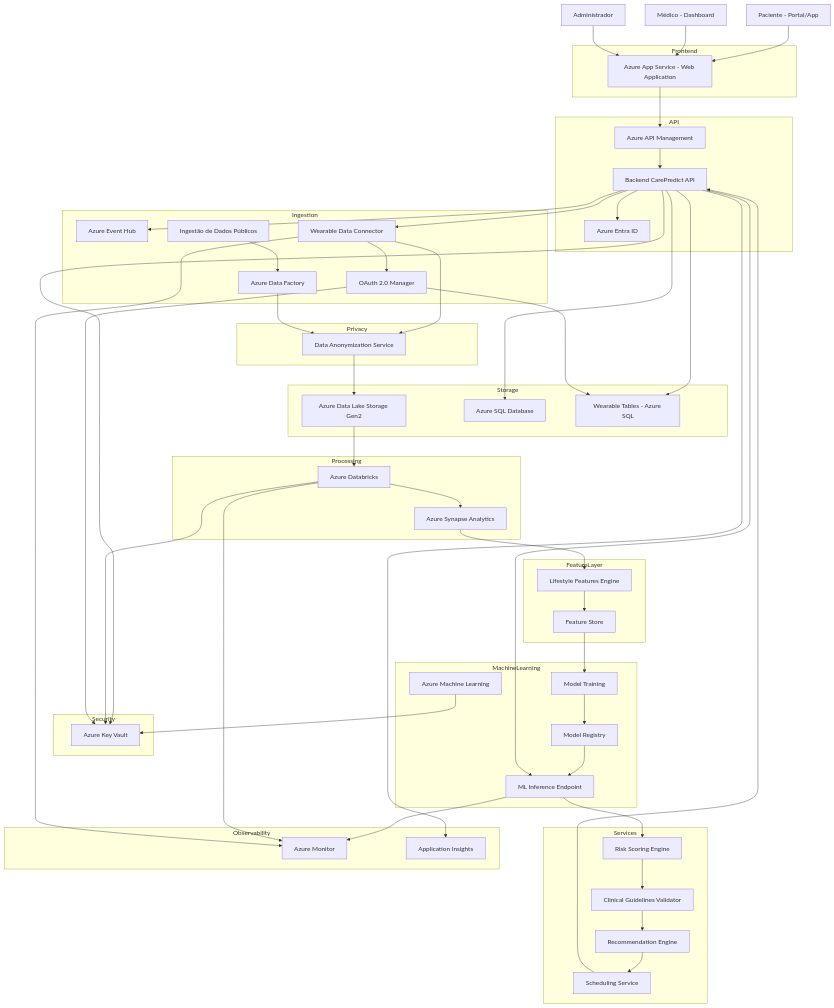
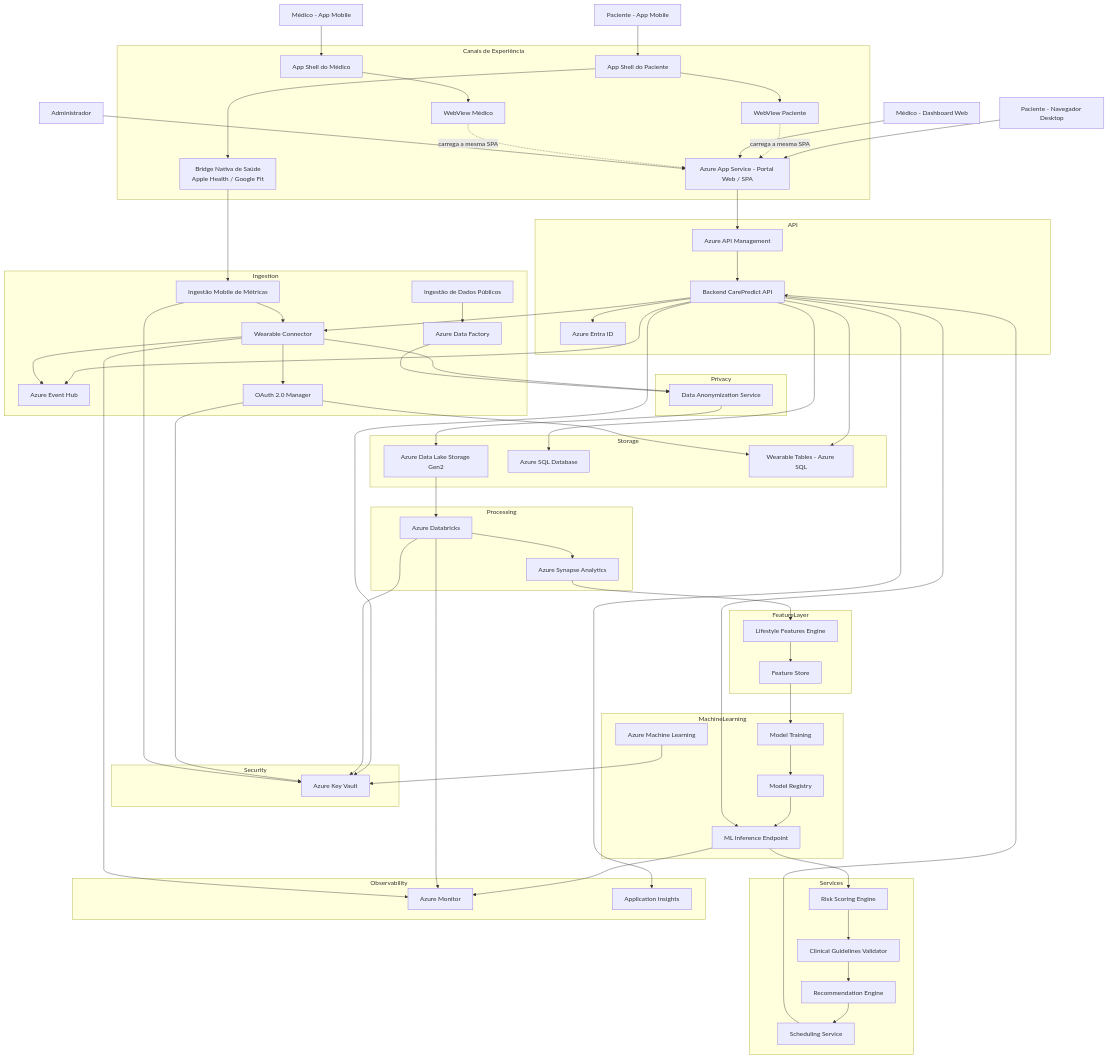
The first of 2 diagrams in ARQUITERUA CLOUD.md (ccps1-care-predict/care-plus-ccps1), drawn with Mermaid before and after one commit. The commit also changed other lines of this file and 6 other files, not shown here.

```diff
--- a/ARQUITERUA CLOUD.md
+++ b/ARQUITERUA CLOUD.md
@@ -22,15 +29,22 @@
 
 %% USERS
 
-Paciente[Paciente - Portal/App]
-Medico[Médico - Dashboard]
+PacienteDesktop[Paciente - Navegador Desktop]
+PacienteMobile[Paciente - App Mobile]
+MedicoDesktop[Médico - Dashboard Web]
+MedicoMobile[Médico - App Mobile]
 Admin[Administrador]
 
 %% FRONTEND
 
-subgraph Frontend
+subgraph Frontend["Canais de Experiência"]
 
-WebApp[Azure App Service - Web Application]
+WebApp[Azure App Service - Portal Web / SPA]
+PatientMobileShell[App Shell do Paciente]
+DoctorMobileShell[App Shell do Médico]
+PatientWebView[WebView Paciente]
+DoctorWebView[WebView Médico]
+NativeBridge[Bridge Nativa de Saúde<br/>Apple Health / Google Fit]
 
 end
 
@@ -59,8 +73,9 @@
 EventHub[Azure Event Hub]
 DataFactory[Azure Data Factory]
 PublicData[Ingestão de Dados Públicos]
-WearableConn[Wearable Data Connector]
+WearableConn[Wearable Connector]
 WearableOAuth[OAuth 2.0 Manager]
+MobileIngestion[Ingestão Mobile de Métricas]
 
 end
 
@@ -131,10 +146,16 @@
 
 end
 
-%% USERS
+%% USERS / CHANNELS
 
-Paciente --> WebApp
-Medico --> WebApp
+PacienteDesktop --> WebApp
+PacienteMobile --> PatientMobileShell
+PatientMobileShell --> PatientWebView
+PatientWebView -.carrega a mesma SPA.-> WebApp
+MedicoDesktop --> WebApp
+MedicoMobile --> DoctorMobileShell
+DoctorMobileShell --> DoctorWebView
+DoctorWebView -.carrega a mesma SPA.-> WebApp
 Admin --> WebApp
 
 %% FRONTEND → API
@@ -143,12 +164,19 @@
 APIM --> Backend
 Backend --> Auth
 
+%% MOBILE APP AS DATA PROVIDER
+
+PatientMobileShell --> NativeBridge
+NativeBridge --> MobileIngestion
+MobileIngestion --> WearableConn
+
 %% SECURITY
 
 Backend --> KeyVault
 Databricks --> KeyVault
 MLWorkspace --> KeyVault
 WearableOAuth --> KeyVault
+MobileIngestion --> KeyVault
 
 %% DATA FLOW
 
@@ -159,12 +187,13 @@
 
 Backend --> EventHub
 
-%% WEARABLE INGESTION (BATCH ONLY - OPÇÃO A)
+%% WEARABLE INGESTION
 
 Backend --> WearableConn
 WearableConn --> WearableOAuth
 WearableOAuth --> WearableTables
 WearableConn --> Anonymization
+WearableConn --> EventHub
 
 %% DATA INGESTION
 
```
